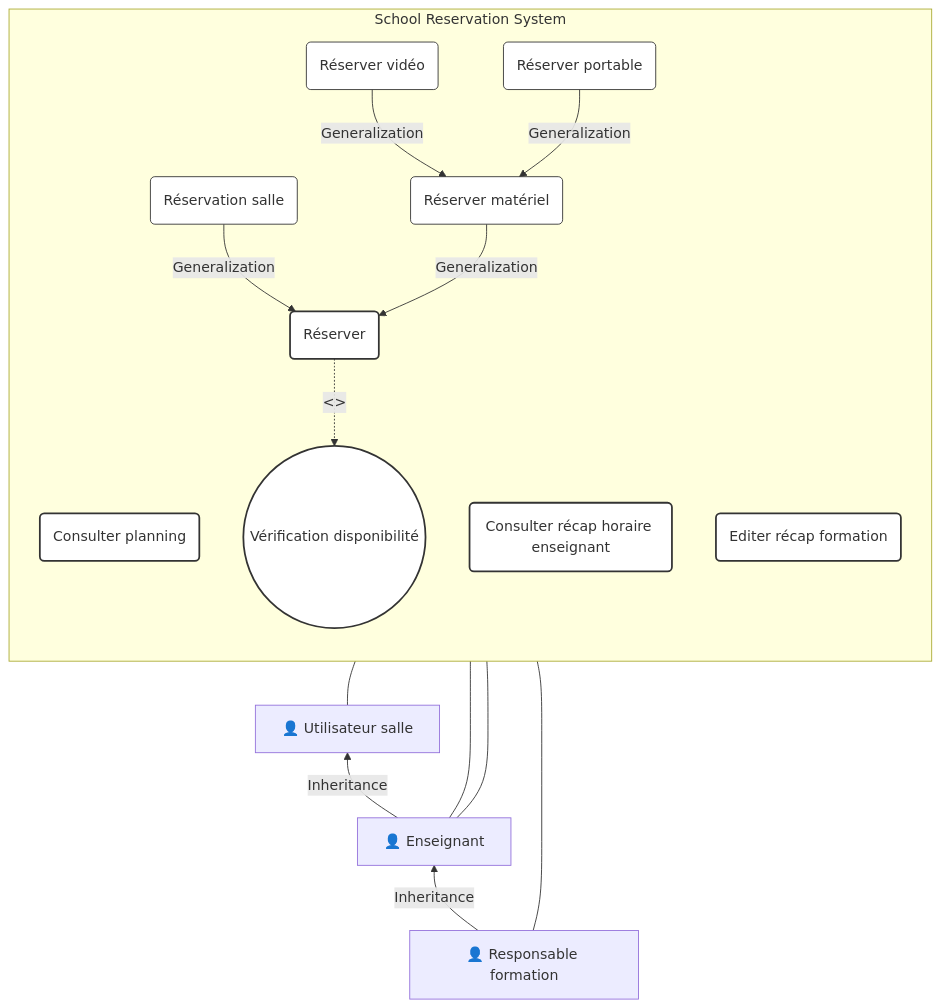
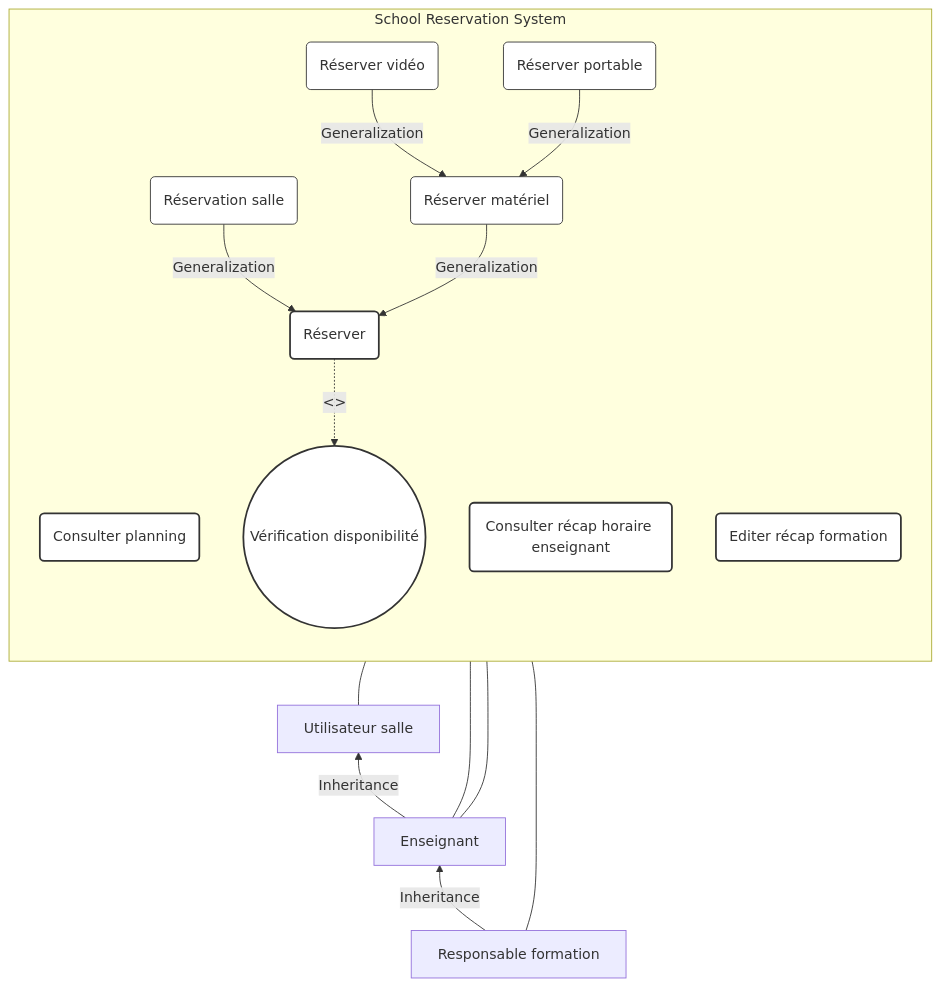
One commit to Vtheonly/Obsidian_Notes changed the second of 34 diagrams in Master 1/S2/Advanced Code Patterns/Chapter 1.1: Use Case Diagram/00100 Excercise.md. Above: the diagram before and after it, drawn with Mermaid. The commit also changed other lines of this file and 3934 other files, not shown here.

````diff
--- a/Master 1/S2/Advanced Code Patterns/Chapter 1.1: Use Case Diagram/00100 Excercise.md
+++ b/Master 1/S2/Advanced Code Patterns/Chapter 1.1: Use Case Diagram/00100 Excercise.md
@@ -63,39 +63,39 @@
 ```mermaid
 graph BT
     subgraph School Reservation System
         direction TB
         UC_Plan(Consulter planning)
         UC_RecapT(Consulter récap horaire enseignant)
         UC_Check((Vérification disponibilité))
         UC_Reserve(Réserver)
         UC_ResRoom(Réservation salle)
         UC_ResEquip(Réserver matériel)
         UC_ResVideo(Réserver vidéo)
         UC_ResLaptop(Réserver portable)
         UC_RecapC(Editer récap formation)
         
         UC_Reserve -.->|<<include>>| UC_Check
         UC_ResRoom -->|Generalization| UC_Reserve
         UC_ResEquip -->|Generalization| UC_Reserve
         UC_ResVideo -->|Generalization| UC_ResEquip
         UC_ResLaptop -->|Generalization| UC_ResEquip
     end
     
-    A_User["👤 Utilisateur salle"] --- UC_Plan
-    A_Teacher["👤 Enseignant"] -->|Inheritance| A_User
+    A_User[" Utilisateur salle"] --- UC_Plan
+    A_Teacher[" Enseignant"] -->|Inheritance| A_User
     A_Teacher --- UC_RecapT
     A_Teacher --- UC_Reserve
     
-    A_Lead["👤 Responsable formation"] -->|Inheritance| A_Teacher
+    A_Lead[" Responsable formation"] -->|Inheritance| A_Teacher
     A_Lead --- UC_RecapC
     
     style UC_Plan fill:#fff,stroke:#333,stroke-width:2px;
     style UC_RecapT fill:#fff,stroke:#333,stroke-width:2px;
     style UC_Check fill:#fff,stroke:#333,stroke-width:2px;
     style UC_Reserve fill:#fff,stroke:#333,stroke-width:2px;
     style UC_ResRoom fill:#fff,stroke:#333,stroke-width:1px;
     style UC_ResEquip fill:#fff,stroke:#333,stroke-width:1px;
     style UC_ResVideo fill:#fff,stroke:#333,stroke-width:1px;
     style UC_ResLaptop fill:#fff,stroke:#333,stroke-width:1px;
     style UC_RecapC fill:#fff,stroke:#333,stroke-width:2px;
 ```
````
